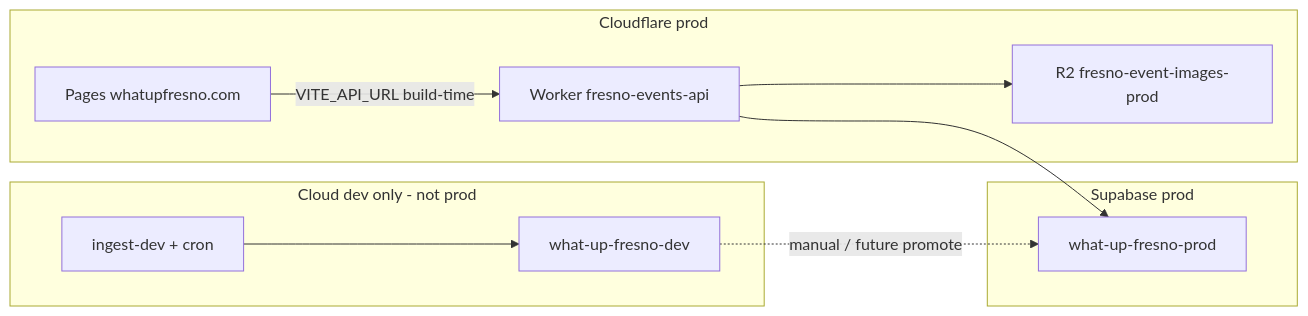
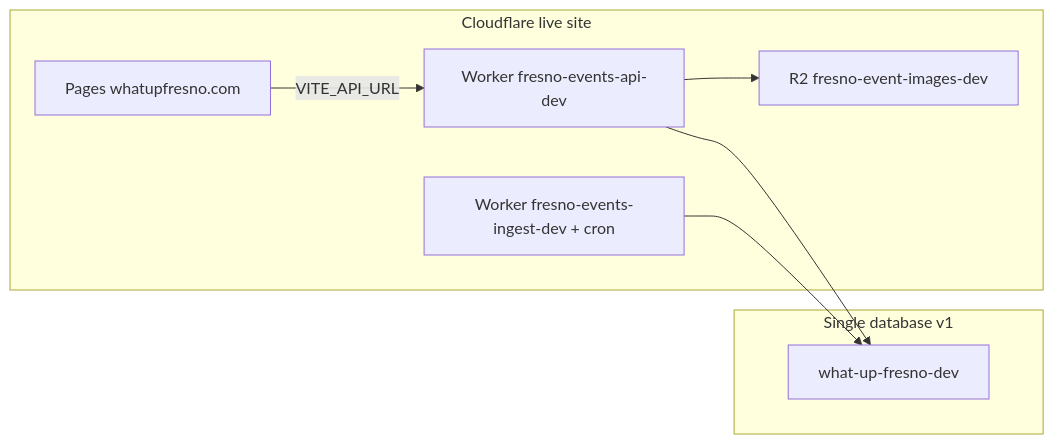
One commit to ranveerdhaliwal/fresno-events changed the first of 2 diagrams in docs/PROD_DEPLOYMENT_PLAN.md. Above: the diagram before and after it, drawn with Mermaid. The commit also changed other lines of this file and 13 other files, not shown here.

````diff
--- a/docs/PROD_DEPLOYMENT_PLAN.md
+++ b/docs/PROD_DEPLOYMENT_PLAN.md
@@ -24,20 +36,16 @@
 ```mermaid
 flowchart LR
-  subgraph prod_edge [Cloudflare prod]
+  subgraph edge [Cloudflare live site]
     Pages["Pages whatupfresno.com"]
-    API["Worker fresno-events-api"]
-    R2prod["R2 fresno-event-images-prod"]
+    API["Worker fresno-events-api-dev"]
+    Ingest["Worker fresno-events-ingest-dev + cron"]
+    R2dev["R2 fresno-event-images-dev"]
   end
-  subgraph prod_data [Supabase prod]
-    PGprod["what-up-fresno-prod"]
+  subgraph data [Single database v1]
+    PG["what-up-fresno-dev"]
   end
-  subgraph dev_only [Cloud dev only - not prod]
-    IngestDev["ingest-dev + cron"]
-    PGdev["what-up-fresno-dev"]
-  end
-  Pages -->|"VITE_API_URL build-time"| API
-  API --> PGprod
-  API --> R2prod
-  IngestDev --> PGdev
-  PGdev -.->|"manual / future promote"| PGprod
+  Pages -->|"VITE_API_URL"| API
+  API --> PG
+  API --> R2dev
+  Ingest --> PG
 ```
````
